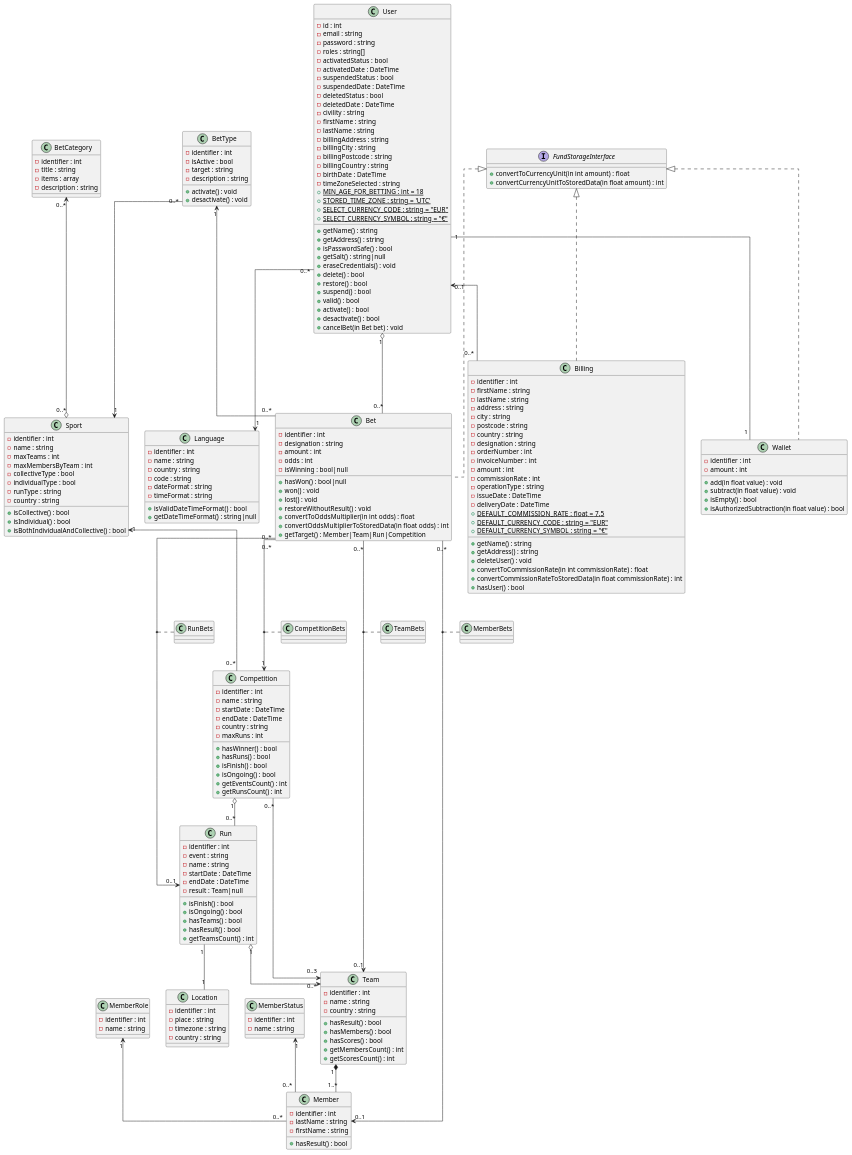
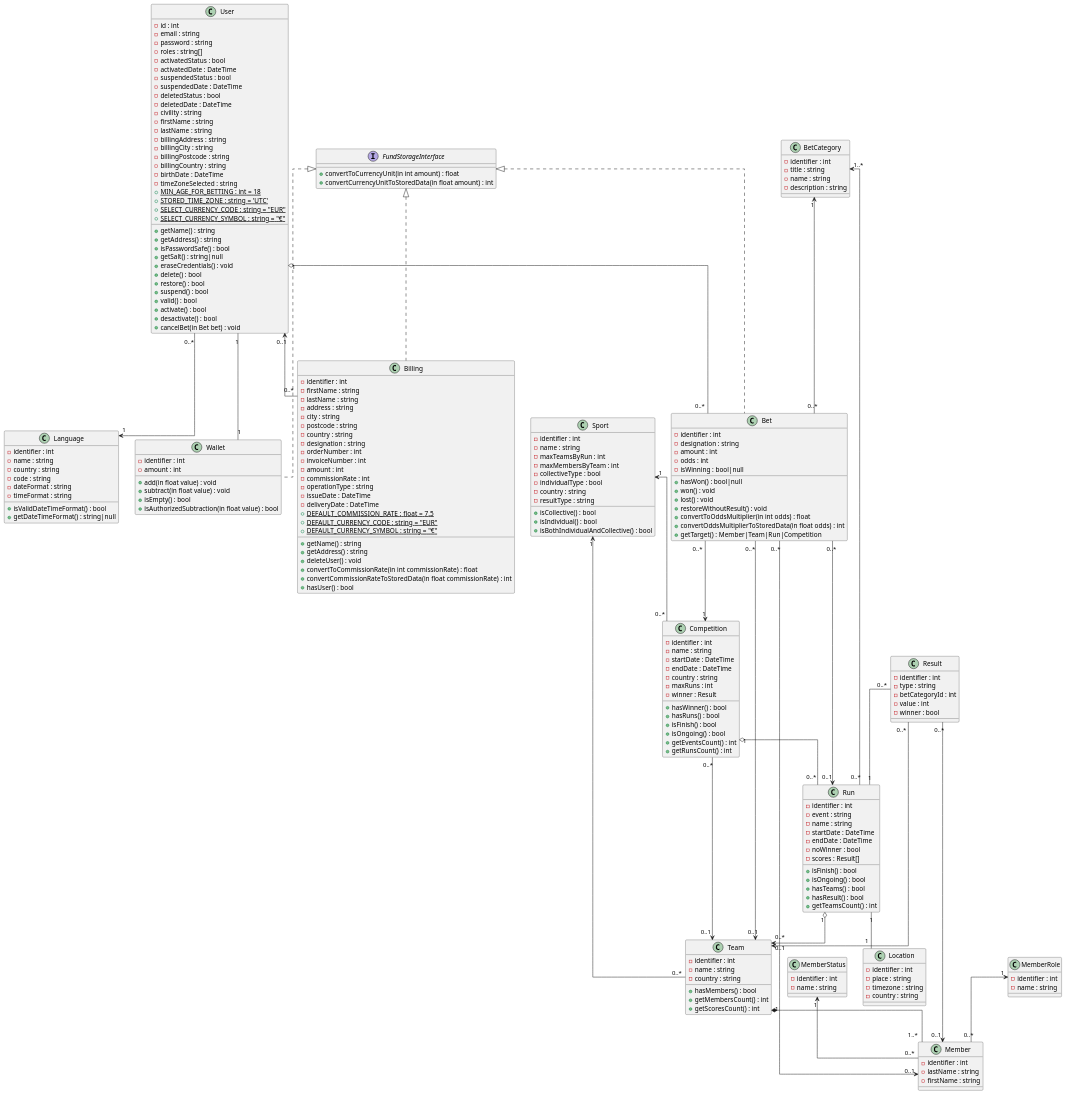
One commit to OFP-CDA-Mulhouse-2020/parisportif5 changed the diagram in docs/Uml/Diagramme_de_classe/Diagramme_de_classe.puml. Above: the diagram before and after it, drawn with PlantUML. The commit also changed 1 other file, not shown here.

Commit message:
2020-12-23 - #2 - Uml refactoring

```diff
--- a/docs/Uml/Diagramme_de_classe/Diagramme_de_classe.puml
+++ b/docs/Uml/Diagramme_de_classe/Diagramme_de_classe.puml
@@ -7,53 +7,41 @@
     'Une facture n'est pas pas forcément lié à un utilisateur existant
     User "0..1" <-- "0..*" Billing
     'Un paris a un type
-    BetType "1" <-- "0..*" Bet
+    BetCategory "1" <-- "0..*" Bet
     'Un utilisateur a un porte-feuille
     User "1" -- "1" Wallet
     'Un utilisateur a des paris
     User "1" o-- "0..*" Bet
-    'Un type de paris est lié à un sport
-    BetType "0..*" --> "1" Sport
-    'Une catégorie de paris est lié a un sport
-    BetCategory "0..*" <--o "0..*" Sport
     'La compétition a une équipe gagnante
-    Competition "0..*" --> "0..3" Team
+    Competition "0..*" --> "0..1" Team
     'Une compétition a plusieurs rencontre ou course
     Competition "1" o-- "0..*" Run
     'Une rencontre ou une course a un lieu
     Run "1" -- "1" Location
-    'Une équipe a des scores (des matchs, des courses)
-    'Team "1" o-- "0..*" Score
     'Une rencontre ou une course a plusieurs équipes
     Run "1" o--> "0..*" Team
     'Une équipe a plusieurs membre
     Team "1" *-- "1..*" Member
     'Une compétition a un sport
     Sport "1" <-- "0..*" Competition
-    'Une équipe a un résultat (gagnant, perdant) même dans le cas de sport individuel
-    'ResultType "0..1" <-- "0..*" Team
-    'Un membre a un résultat dans le cas de sport individuel (gagnant, perdant)
-    'ResultType "0..1" <-- "0..*" Member
+    Result "0..*" -- "1" Run
+    Result "0..*" --> "0..1" Team
+    Result "0..*" --> "0..1" Member
+    BetCategory "1..*" <-- "0..*" Run
+    Sport "1" <-- "0..*" Team
+    'BetCategory "1" <-- "0..*" Result
     'Un membre a un rôle (fonction) tel que pilote, joueur
     MemberRole "1" <-- "0..*" Member
     'Un membre a un status (blessé, titulaire)
     MemberStatus "1" <-- "0..*" Member
     'Liaison potentiel entre un paris et une compétition
     Bet "0..*" --> "1" Competition
-    'Classe d'association entre paris et compétition
-    (Bet, Competition) .. CompetitionBets
     'Liaison potentiel entre un paris et une rencontre ou course
     Bet "0..*" --> "0..1" Run
-    'Classe d'association entre un paris et une rencontre ou course
-    (Bet, Run) .. RunBets
     'Liaison potentiel entre un paris et une équipe
     Bet "0..*" --> "0..1" Team
-    'Classe d'association entre un paris et une équipe
-    (Bet, Team) .. TeamBets
     'Liaison potentiel entre un paris et un membre
     Bet "0..*" --> "0..1" Member
-    'Classe d'association entre un paris et un membre
-    (Bet, Member) .. MemberBets
     'Implémentation de l'interface FundStorageInterface par l'entité Billing
     FundStorageInterface <|.. Billing
     'Implémentation de l'interface FundStorageInterface par l'entité Wallet
@@ -76,11 +64,6 @@
         -identifier : int
         -name : string
     }
-    'Type de résultat (gagnant, perdant, ex aequo)
-    'class ResultType {
-    '    -identifier : int
-    '    -name : string
-    '}
     'Porte-feuille de l'utilisateur avec des fonds (de l'argent gagnés)
     class Wallet {
         -identifier : int
@@ -181,20 +164,11 @@
         +convertOddsMultiplierToStoredData(in float odds) : int
         +getTarget() : Member|Team|Run|Competition
     }
-    'Type de paris (ex: Paris sur la victoire d'1 équipe)
-    class BetType {
-        -identifier : int
-        -isActive : bool
-        -target : string
-        -description : string
-        +activate() : void
-        +desactivate() : void
-    }
-    'Catégorie de paris (ex: Paris sur les résultats)
+    'Catégorie de paris (ex: Paris sur le résultat)
     class BetCategory {
         -identifier : int
         -title : string
-        -items : array
+        -name : string
         -description : string
     }
     'Lieu de la rencontre/course
@@ -208,12 +182,12 @@
     class Sport {
         -identifier : int
         -name : string
-        -maxTeams : int
+        -maxTeamsByRun : int
         -maxMembersByTeam : int
         -collectiveType : bool
         -individualType : bool
-        -runType : string
         -country : string
+        -resultType : string
         +isCollective() : bool
         +isIndividual() : bool
         +isBothIndividualAndCollective() : bool
@@ -226,6 +200,7 @@
         -endDate : DateTime
         -country : string
         -maxRuns : int
+        -winner : Result
         +hasWinner() : bool
         +hasRuns() : bool
         +isFinish() : bool
@@ -240,35 +215,34 @@
         -name : string
         -startDate : DateTime
         -endDate : DateTime
-        -result : Team|null
+        -noWinner : bool
+        -scores : Result[]
         +isFinish() : bool
         +isOngoing() : bool
         +hasTeams() : bool
         +hasResult() : bool
         +getTeamsCount() : int
     }
-    'Score de l'équipe ou du membre de l'équipe
-    'class Score {
-    '    -identifier : int
-    '    -value : int
-    '    -runType : string
-    '    +getScore() : int
-    '}
+    'Résultat du match ou de la course
+    class Result {
+        -identifier : int
+        -type : string
+        -betCategoryId : int
+        -value : int
+        -winner : bool
+    }
     'Joueur ou sportif ou pilote
     class Member {
         -identifier : int
         -lastName : string
         -firstName : string
-        +hasResult() : bool
     }
     'Équipes qui participe à une rencontre, à une course
     class Team {
         -identifier : int
         -name : string
         -country : string
-        +hasResult() : bool
         +hasMembers() : bool
-        +hasScores() : bool
         +getMembersCount() : int
         +getScoresCount() : int
     }
```
